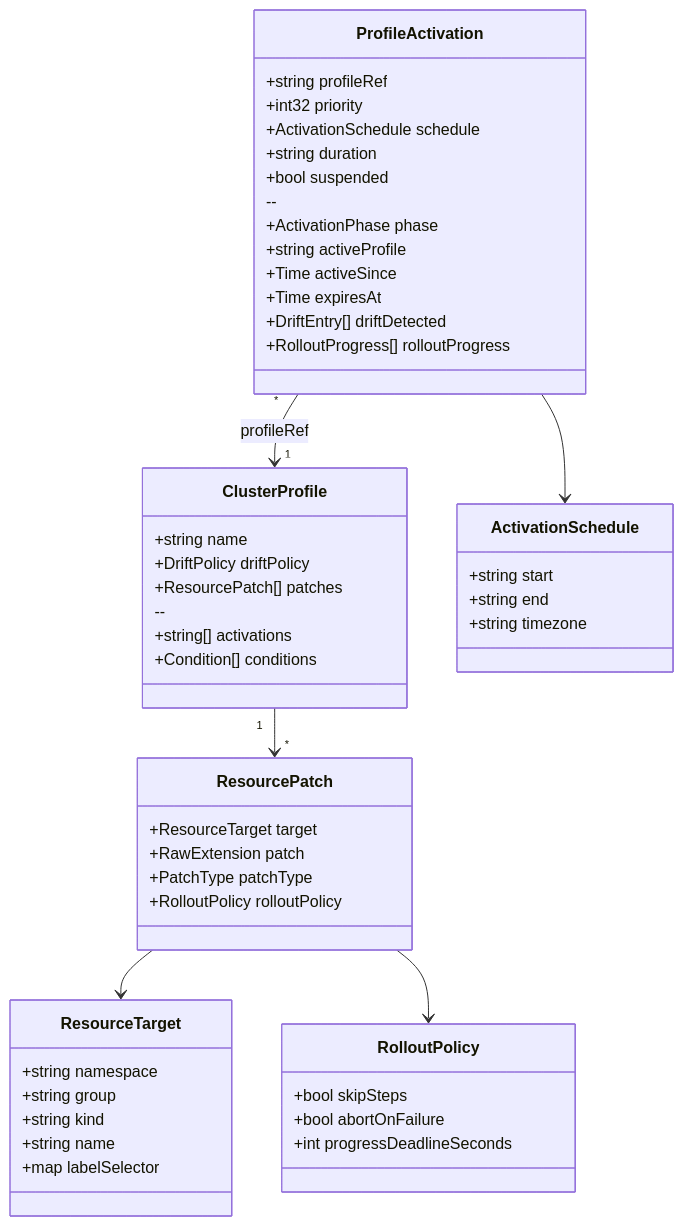
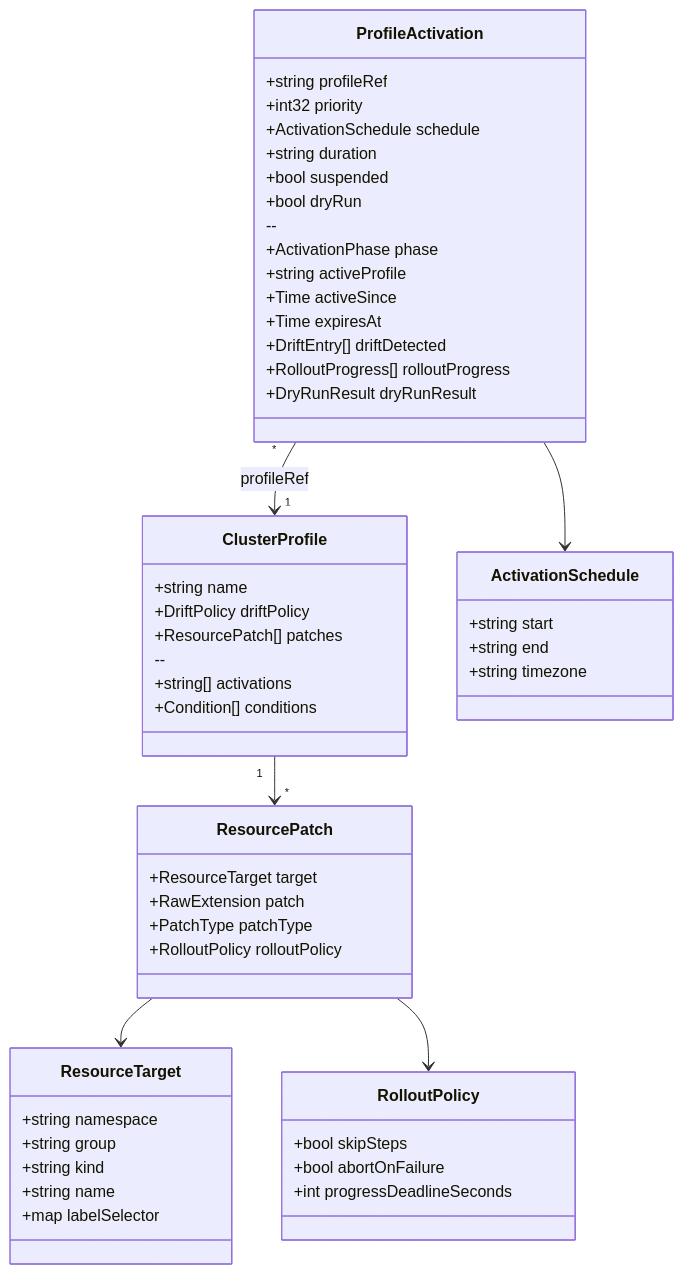
One commit to n0rm4l-me/kmorph changed the seventh of 7 diagrams in docs/architecture.md. Above: the diagram before and after it, drawn with Mermaid. The commit also changed other lines of this file and 2 other files, not shown here.

First line of the commit message:
docs: update architecture, activations, getting-started with dry-run and webhooks

````diff
--- a/docs/architecture.md
+++ b/docs/architecture.md
@@ -171,59 +201,61 @@
 ```mermaid
 classDiagram
     class ClusterProfile {
         +string name
         +DriftPolicy driftPolicy
         +ResourcePatch[] patches
         --
         +string[] activations
         +Condition[] conditions
     }
 
     class ResourcePatch {
         +ResourceTarget target
         +RawExtension patch
         +PatchType patchType
         +RolloutPolicy rolloutPolicy
     }
 
     class ResourceTarget {
         +string namespace
         +string group
         +string kind
         +string name
         +map labelSelector
     }
 
     class RolloutPolicy {
         +bool skipSteps
         +bool abortOnFailure
         +int progressDeadlineSeconds
     }
 
     class ProfileActivation {
         +string profileRef
         +int32 priority
         +ActivationSchedule schedule
         +string duration
         +bool suspended
+        +bool dryRun
         --
         +ActivationPhase phase
         +string activeProfile
         +Time activeSince
         +Time expiresAt
         +DriftEntry[] driftDetected
         +RolloutProgress[] rolloutProgress
+        +DryRunResult dryRunResult
     }
 
     class ActivationSchedule {
         +string start
         +string end
         +string timezone
     }
 
     ClusterProfile "1" --> "*" ResourcePatch
     ResourcePatch --> ResourceTarget
     ResourcePatch --> RolloutPolicy
     ProfileActivation --> ActivationSchedule
     ProfileActivation "*" --> "1" ClusterProfile : profileRef
 ```
````
